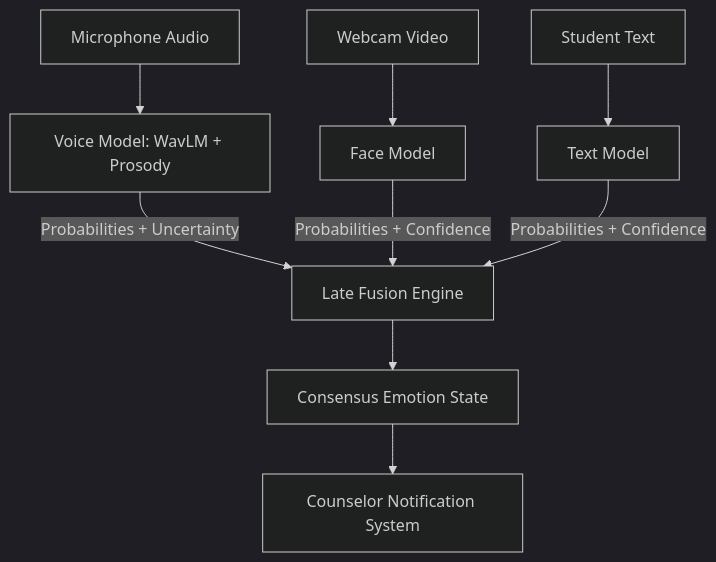
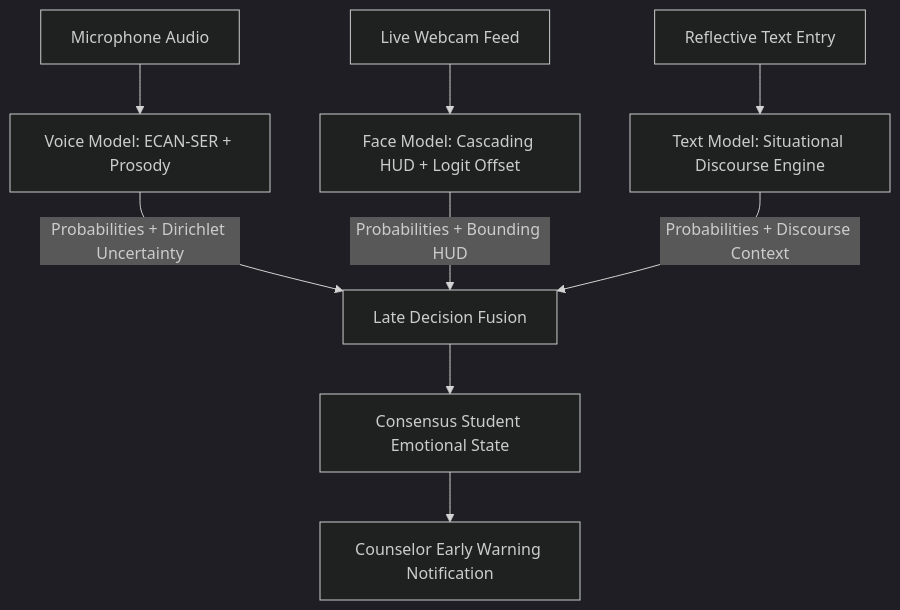
Before and after one commit to Shamith-247/MULTIMODAL-AI-BASED-EMOTIONAL-WELLBEING-MONITORING-SYSTEM-FOR-STUDENTS: the diagram in README.md, drawn with Mermaid (dark theme). The commit also changed other lines of this file and 126 other files, not shown here.

Commit message:
feat: integrate multimodal face & text pipelines, on-screen HUD, situational discourse engine, and comprehensive engineering docs

````diff
--- a/README.md
+++ b/README.md
@@ -35,13 +50,13 @@
 ```mermaid
 flowchart TD
-    Audio[Microphone Audio] --> Voice[Voice Model: WavLM + Prosody]
-    Video[Webcam Video] --> Face[Face Model]
-    Text[Student Text] --> TextMod[Text Model]
+    Audio[Microphone Audio] --> Voice[Voice Model: ECAN-SER + Prosody]
+    Video[Live Webcam Feed] --> Face[Face Model: Cascading HUD + Logit Offset]
+    Text[Reflective Text Entry] --> TextMod[Text Model: Situational Discourse Engine]
 
-    Voice -->|Probabilities + Uncertainty| Fusion[Late Fusion Engine]
-    Face -->|Probabilities + Confidence| Fusion
-    TextMod -->|Probabilities + Confidence| Fusion
+    Voice -->|Probabilities + Dirichlet Uncertainty| Fusion[Late Decision Fusion]
+    Face -->|Probabilities + Bounding HUD| Fusion
+    TextMod -->|Probabilities + Discourse Context| Fusion
 
-    Fusion --> Decision[Consensus Emotion State]
-    Decision --> Alerts[Counselor Notification System]
+    Fusion --> Decision[Consensus Student Emotional State]
+    Decision --> Alerts[Counselor Early Warning Notification]
 ```
````
